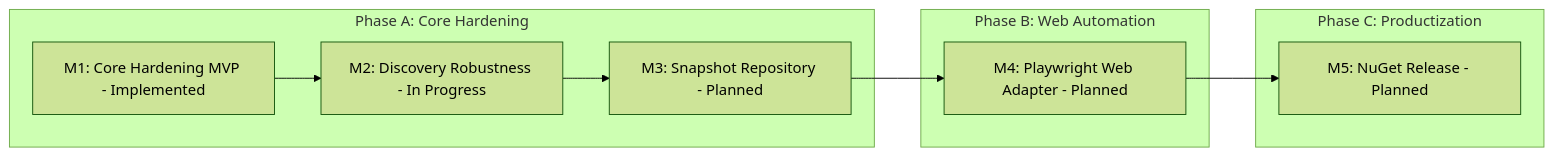
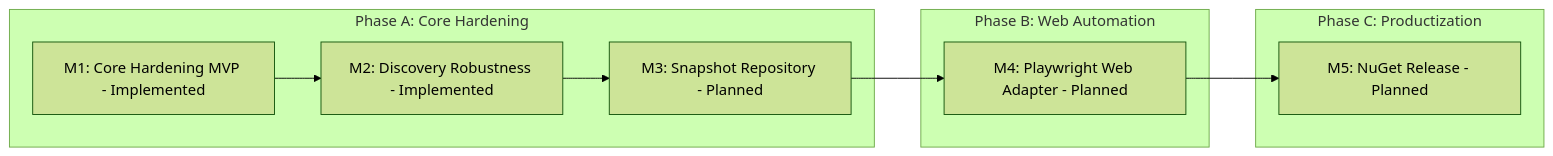
The third of 3 diagrams in README.md (mustafasercansak/automation-sandbox), drawn with Mermaid (forest theme) before and after one commit. The commit also changed other lines of this file and 5 other files, not shown here.

````diff
--- a/README.md
+++ b/README.md
@@ -273,16 +311,16 @@
 ```mermaid
 graph LR
     subgraph PhaseA [Phase A: Core Hardening]
         M1[M1: Core Hardening MVP - Implemented]
-        M2[M2: Discovery Robustness - In Progress]
+        M2[M2: Discovery Robustness - Implemented]
         M3[M3: Snapshot Repository - Planned]
         M1 --> M2 --> M3
     end
     subgraph PhaseB [Phase B: Web Automation]
         M4[M4: Playwright Web Adapter - Planned]
     end
     subgraph PhaseC [Phase C: Productization]
         M5[M5: NuGet Release - Planned]
     end
     M3 --> M4 --> M5
 ```
````
